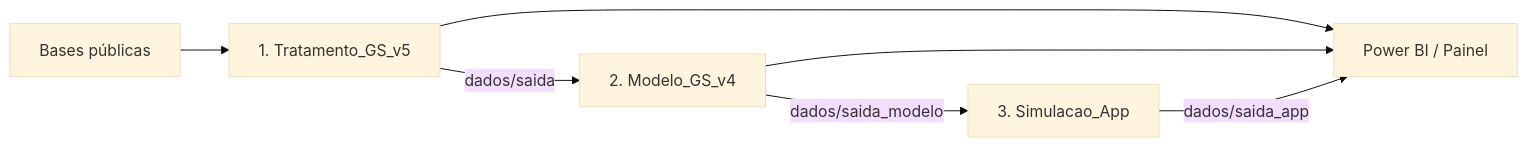
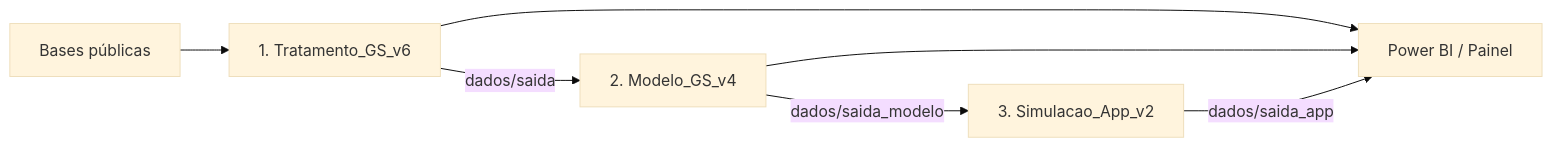
One commit to Karen-Akemi/Caminho_dos_direitos changed the diagram in README.md. Above: the diagram before and after it, drawn with Mermaid (base theme). The commit also changed other lines of this file and 7 other files, not shown here.

````diff
--- a/README.md
+++ b/README.md
@@ -233,9 +234,9 @@
 ```mermaid
 flowchart LR
-    A[Bases públicas] --> B[1. Tratamento_GS_v5]
+    A[Bases públicas] --> B[1. Tratamento_GS_v6]
     B -->|dados/saida| C[2. Modelo_GS_v4]
-    C -->|dados/saida_modelo| D[3. Simulacao_App]
+    C -->|dados/saida_modelo| D[3. Simulacao_App_v2]
     B --> E[Power BI / Painel]
     C --> E
     D -->|dados/saida_app| E
 ```
````
